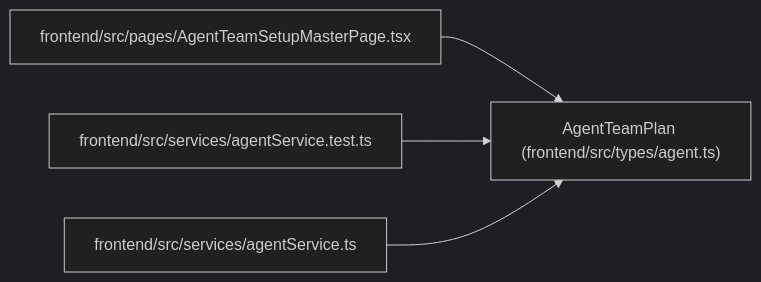
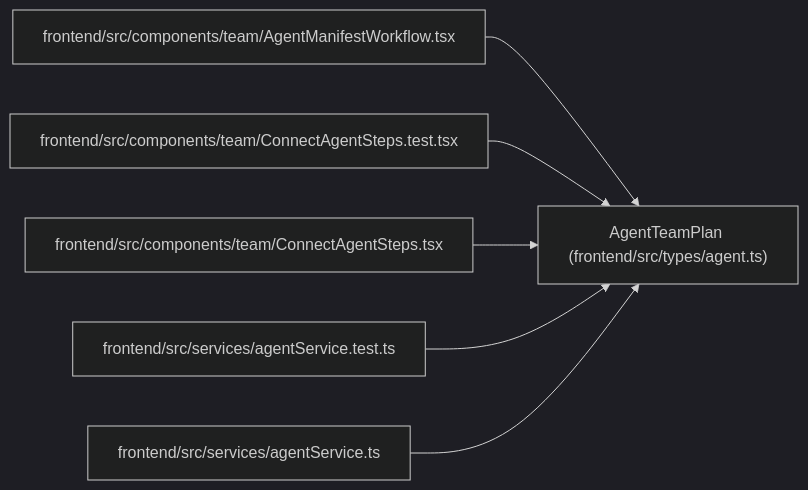
The diagram in docs/llm_wiki/entities/AgentTeamPlan.md (Denissvgn/WorkChord), drawn with Mermaid (dark theme) before and after one commit. The commit also changed other lines of this file and 2373 other files, not shown here.

````diff
--- a/docs/llm_wiki/entities/AgentTeamPlan.md
+++ b/docs/llm_wiki/entities/AgentTeamPlan.md
@@ -31,14 +31,20 @@
 ```mermaid
 flowchart LR
     n0["AgentTeamPlan (frontend/src/types/agent.ts)"]
-    n1["frontend/src/pages/AgentTeamSetupMasterPage.tsx"]
-    n2["frontend/src/services/agentService.test.ts"]
-    n3["frontend/src/services/agentService.ts"]
+    n1["frontend/src/components/team/AgentManifestWorkflow.tsx"]
+    n2["frontend/src/components/team/ConnectAgentSteps.test.tsx"]
+    n3["frontend/src/components/team/ConnectAgentSteps.tsx"]
+    n4["frontend/src/services/agentService.test.ts"]
+    n5["frontend/src/services/agentService.ts"]
     n1 --> n0
     n2 --> n0
     n3 --> n0
+    n4 --> n0
+    n5 --> n0
     click n0 "../modules/types_agent.md"
-    click n1 "../modules/AgentTeamSetupMasterPage.md"
-    click n2 "../modules/agentService.test.md"
-    click n3 "../modules/agentService.md"
+    click n1 "../modules/AgentManifestWorkflow.md"
+    click n2 "../modules/ConnectAgentSteps.test.md"
+    click n3 "../modules/ConnectAgentSteps.md"
+    click n4 "../modules/agentService.test.md"
+    click n5 "../modules/agentService.md"
 ```
````
